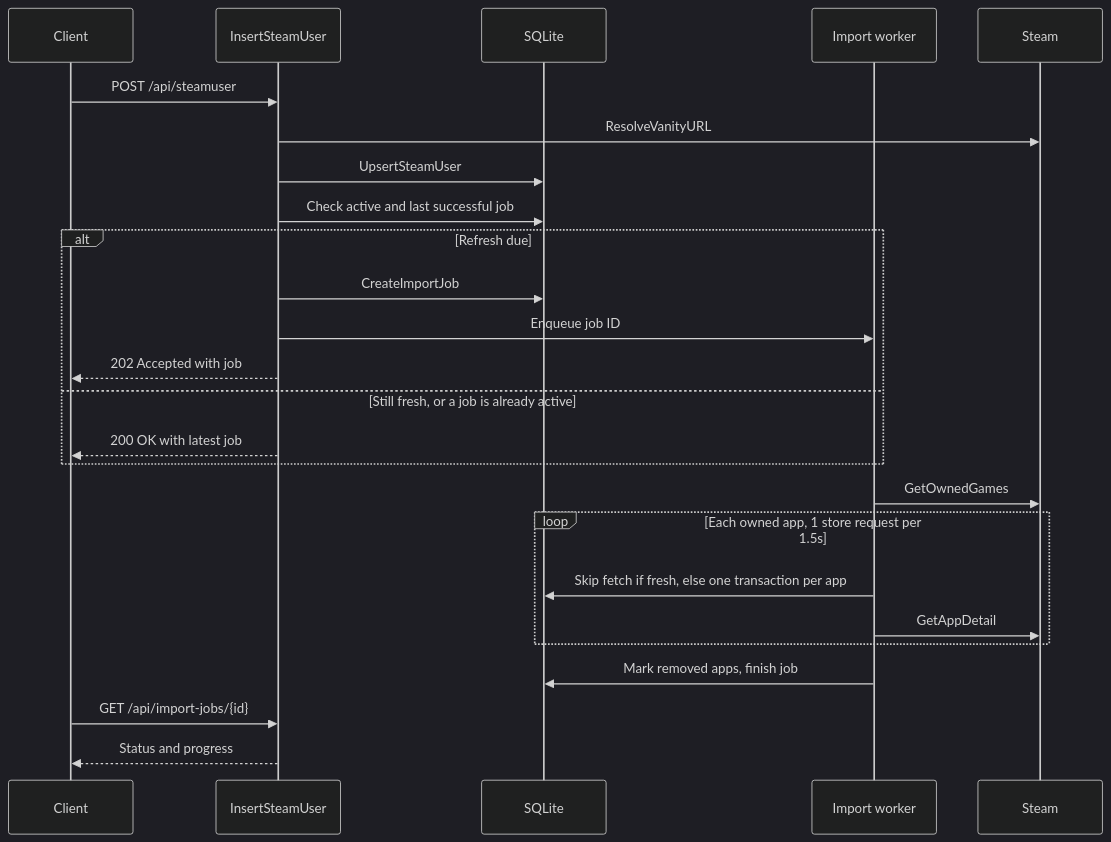
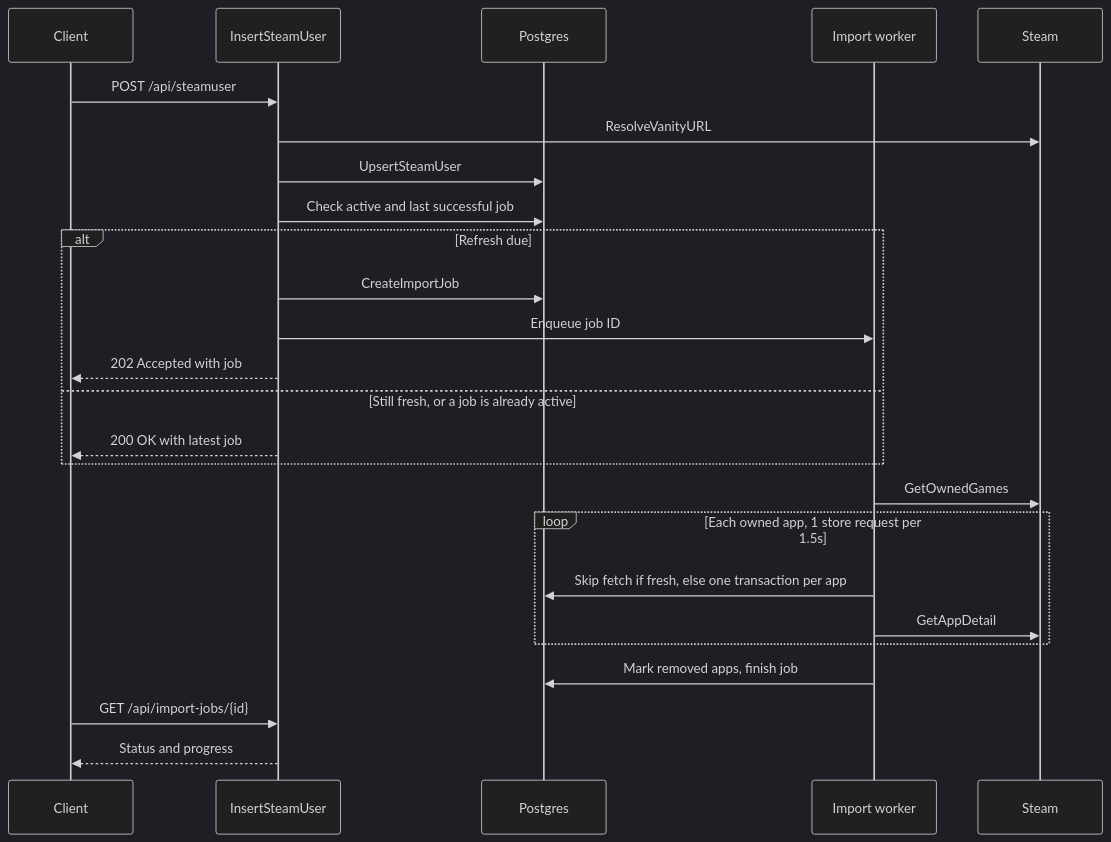
The diagram in docs/background-steam-import-plan.md (Ehs-Colin/what-game-should-we-play), drawn with Mermaid (dark theme) before and after one commit. The commit also changed other lines of this file and 5 other files, not shown here.

````diff
--- a/docs/background-steam-import-plan.md
+++ b/docs/background-steam-import-plan.md
@@ -13,27 +13,27 @@
 ```mermaid
 sequenceDiagram
     participant C as Client
     participant H as InsertSteamUser
-    participant DB as SQLite
+    participant DB as Postgres
     participant W as Import worker
     participant S as Steam
     C->>H: POST /api/steamuser
     H->>S: ResolveVanityURL
     H->>DB: UpsertSteamUser
     H->>DB: Check active and last successful job
     alt Refresh due
         H->>DB: CreateImportJob
         H->>W: Enqueue job ID
         H-->>C: 202 Accepted with job
     else Still fresh, or a job is already active
         H-->>C: 200 OK with latest job
     end
     W->>S: GetOwnedGames
     loop Each owned app, 1 store request per 1.5s
         W->>DB: Skip fetch if fresh, else one transaction per app
         W->>S: GetAppDetail
     end
     W->>DB: Mark removed apps, finish job
     C->>H: GET /api/import-jobs/{id}
     H-->>C: Status and progress
 ```
````
